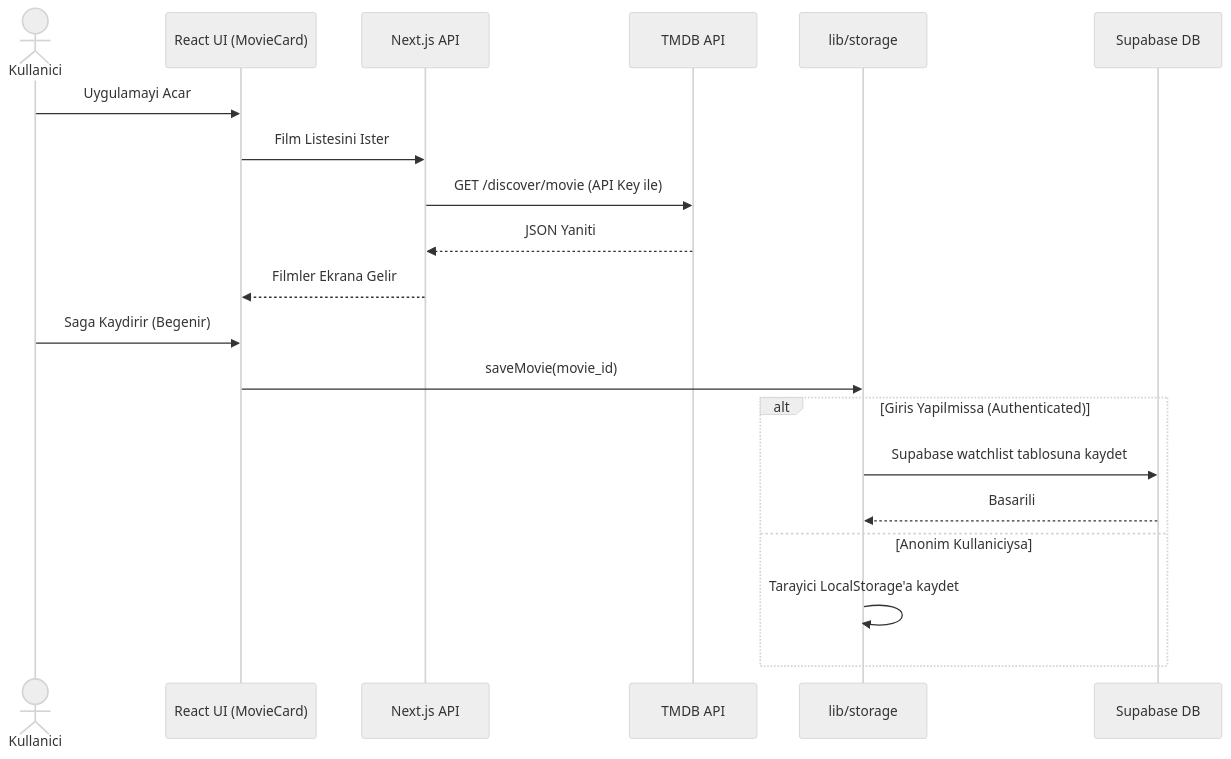
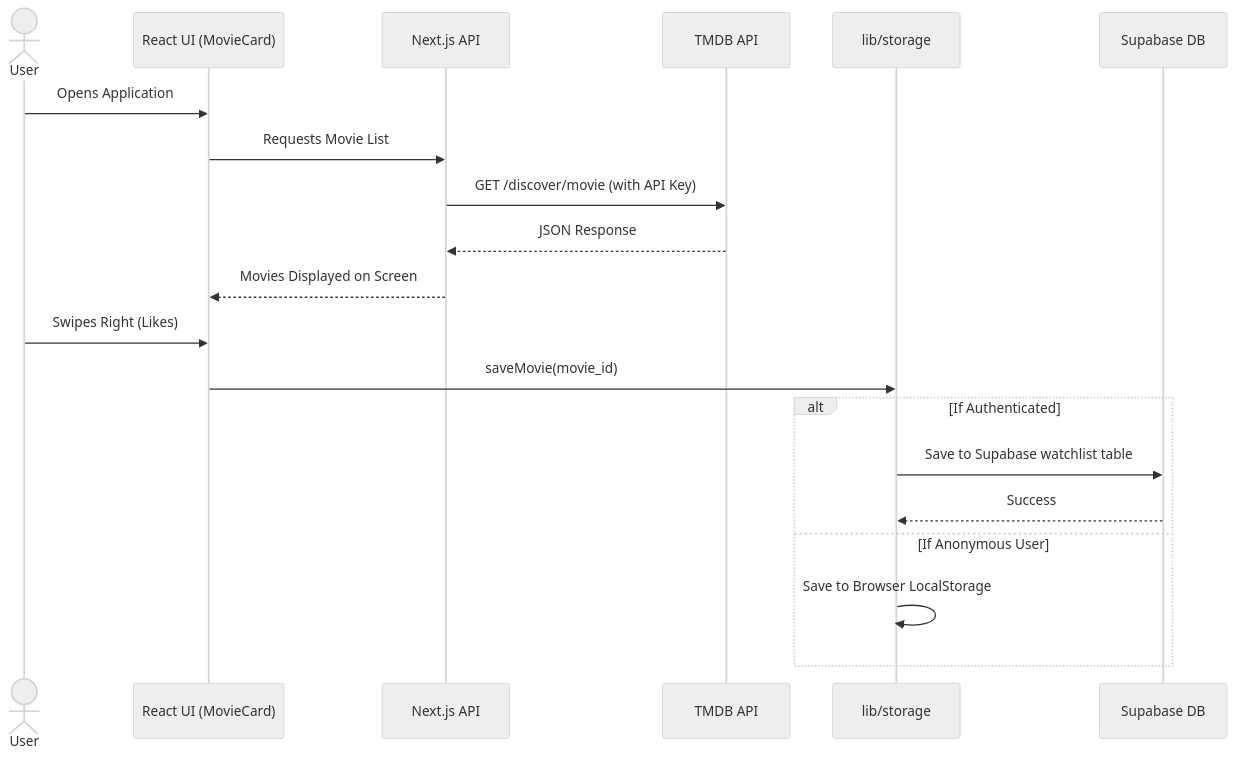
Before and after one commit to mehmetali-ozturk/movier: the second of 4 diagrams in ARCHITECTURE.md, drawn with Mermaid (neutral theme). The commit also changed other lines of this file, not shown here.

Commit message:
ARCHITECTURE.md file commit

````diff
--- a/ARCHITECTURE.md
+++ b/ARCHITECTURE.md
@@ -112,24 +111,24 @@
 ```mermaid
 sequenceDiagram
-    actor User as Kullanici
+    actor User
     participant UI as React UI (MovieCard)
     participant API as Next.js API
     participant TMDB as TMDB API
     participant Store as lib/storage
     participant DB as Supabase DB
 
-    User->>UI: Uygulamayi Acar
-    UI->>API: Film Listesini Ister
-    API->>TMDB: GET /discover/movie (API Key ile)
-    TMDB-->>API: JSON Yaniti
-    API-->>UI: Filmler Ekrana Gelir
-    User->>UI: Saga Kaydirir (Begenir)
+    User->>UI: Opens Application
+    UI->>API: Requests Movie List
+    API->>TMDB: GET /discover/movie (with API Key)
+    TMDB-->>API: JSON Response
+    API-->>UI: Movies Displayed on Screen
+    User->>UI: Swipes Right (Likes)
     UI->>Store: saveMovie(movie_id)
     
-    alt Giris Yapilmissa (Authenticated)
-        Store->>DB: Supabase watchlist tablosuna kaydet
-        DB-->>Store: Basarili
-    else Anonim Kullaniciysa
-        Store->>Store: Tarayici LocalStorage'a kaydet
+    alt If Authenticated
+        Store->>DB: Save to Supabase watchlist table
+        DB-->>Store: Success
+    else If Anonymous User
+        Store->>Store: Save to Browser LocalStorage
     end
 ```
````
